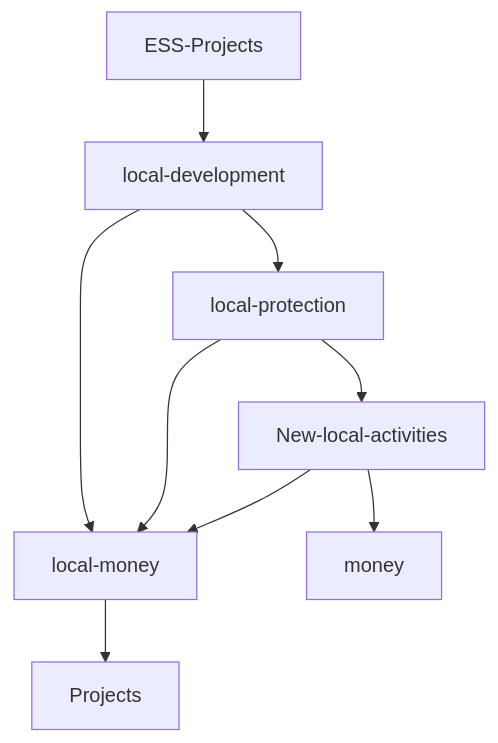
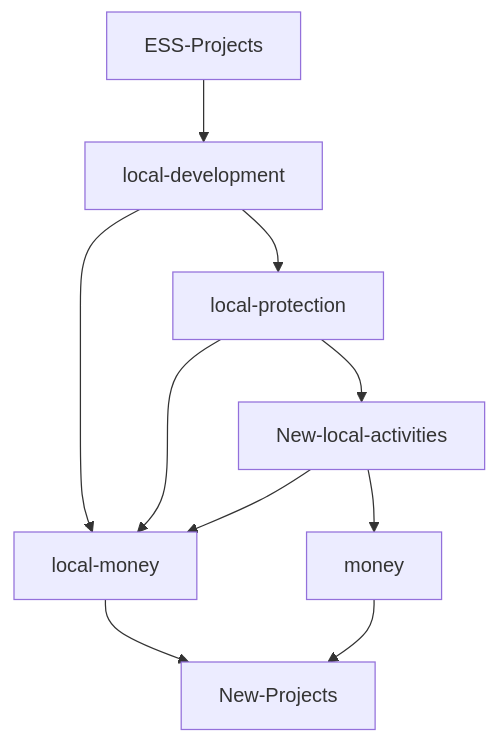
The diagram in README.md (franckdun/franckdun), drawn with Mermaid before and after one commit.

````diff
--- a/README.md
+++ b/README.md
@@ -109,11 +109,12 @@
 ```mermaid
   graph TD;
-       local-money-->Projects;
+       local-money-->New-Projects;
        ESS-Projects-->local-development;
        local-development-->local-protection;
        local-development-->local-money;
        local-protection-->New-local-activities;
        local-protection-->local-money;
        New-local-activities-->local-money;
        New-local-activities-->money;
+       money-->New-Projects;
 ```
````
